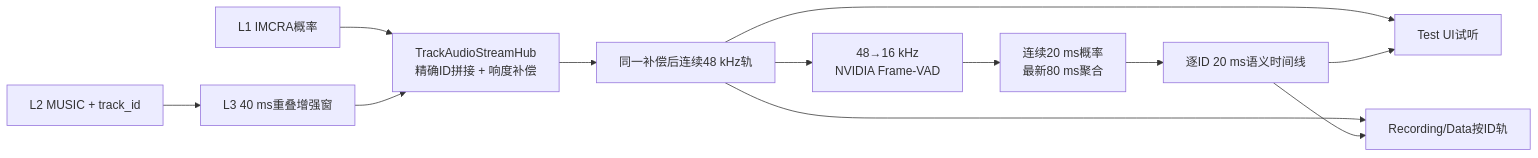
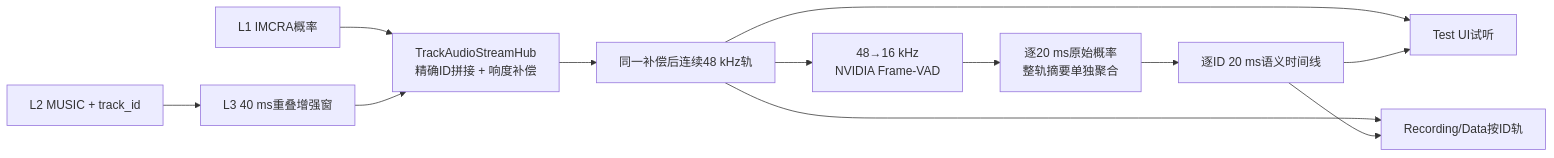
Before and after one commit to Dwan-123456/micarray-6plus1-voice-direction: the diagram in ARCHITECTURE_V1.1_TARGET.md, drawn with Mermaid. The commit also changed other lines of this file and 13 other files, not shown here.

````diff
--- a/ARCHITECTURE_V1.1_TARGET.md
+++ b/ARCHITECTURE_V1.1_TARGET.md
@@ -76,14 +76,14 @@
 ```mermaid
 flowchart LR
     L1["L1 IMCRA概率"] --> HUB["TrackAudioStreamHub<br/>精确ID拼接 + 响度补偿"]
     L2["L2 MUSIC + track_id"] --> L3["L3 40 ms重叠增强窗"]
     L3 --> HUB
     HUB --> TRACK["同一补偿后连续48 kHz轨"]
     TRACK --> UI["Test UI试听"]
     TRACK --> REC["Recording/Data按ID轨"]
     TRACK --> NV["48→16 kHz<br/>NVIDIA Frame-VAD"]
-    NV --> L5["连续20 ms概率<br/>最新80 ms聚合"]
+    NV --> L5["逐20 ms原始概率<br/>整轨摘要单独聚合"]
     L5 --> SEM["逐ID 20 ms语义时间线"]
     SEM --> UI
     SEM --> REC
 ```
````
